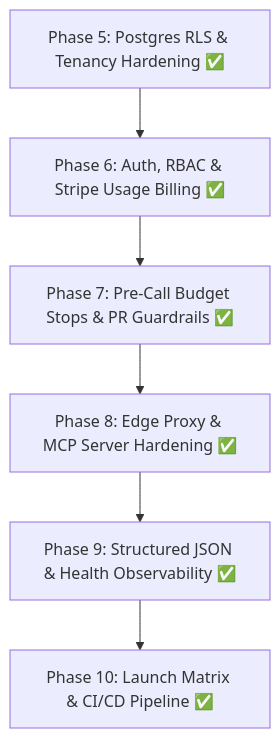
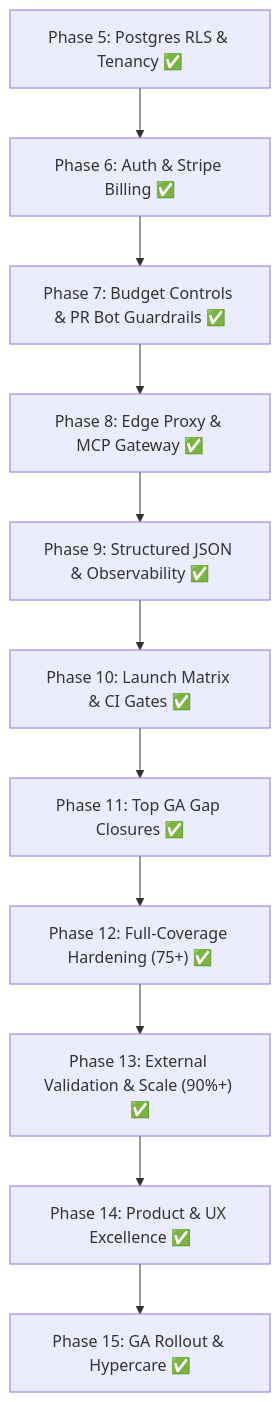
The diagram in LAUNCH_GATE.md (daryllrebeiro/agent-ready-kit), drawn with Mermaid before and after one commit. The commit also changed other lines of this file and 5 other files, not shown here.

Commit message:
feat(phase15): achieve GA readiness (score 93.0%) with final 30-checkpoint audit report, graduated rollout controller, and 30-day hypercare daemon (153/153 tests passed)

````diff
--- a/LAUNCH_GATE.md
+++ b/LAUNCH_GATE.md
@@ -13,11 +15,16 @@
 ```mermaid
 flowchart TD
-    Phase5["Phase 5: Postgres RLS & Tenancy Hardening ✅"]
-    Phase6["Phase 6: Auth, RBAC & Stripe Usage Billing ✅"]
-    Phase7["Phase 7: Pre-Call Budget Stops & PR Guardrails ✅"]
-    Phase8["Phase 8: Edge Proxy & MCP Server Hardening ✅"]
-    Phase9["Phase 9: Structured JSON & Health Observability ✅"]
-    Phase10["Phase 10: Launch Matrix & CI/CD Pipeline ✅"]
+    P5["Phase 5: Postgres RLS & Tenancy ✅"]
+    P6["Phase 6: Auth & Stripe Billing ✅"]
+    P7["Phase 7: Budget Controls & PR Bot Guardrails ✅"]
+    P8["Phase 8: Edge Proxy & MCP Gateway ✅"]
+    P9["Phase 9: Structured JSON & Observability ✅"]
+    P10["Phase 10: Launch Matrix & CI Gates ✅"]
+    P11["Phase 11: Top GA Gap Closures ✅"]
+    P12["Phase 12: Full-Coverage Hardening (75+) ✅"]
+    P13["Phase 13: External Validation & Scale (90%+) ✅"]
+    P14["Phase 14: Product & UX Excellence ✅"]
+    P15["Phase 15: GA Rollout & Hypercare ✅"]
 
-    Phase5 --> Phase6 --> Phase7 --> Phase8 --> Phase9 --> Phase10
+    P5 --> P6 --> P7 --> P8 --> P9 --> P10 --> P11 --> P12 --> P13 --> P14 --> P15
 ```
````
